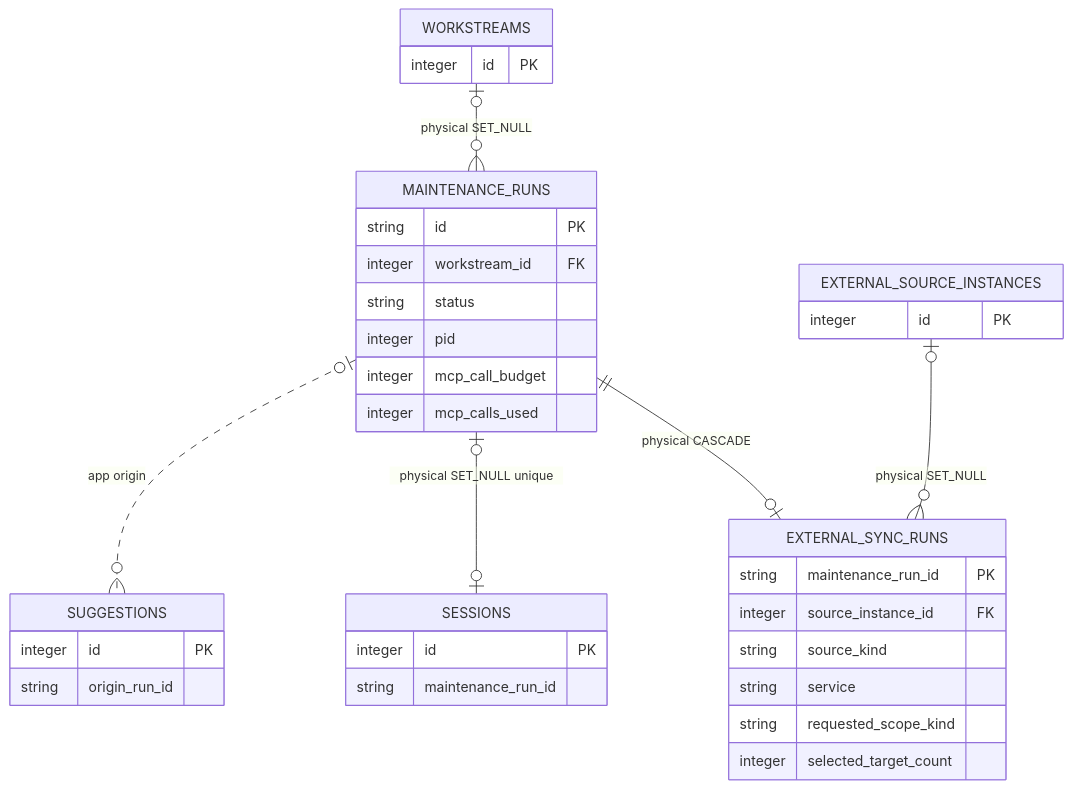
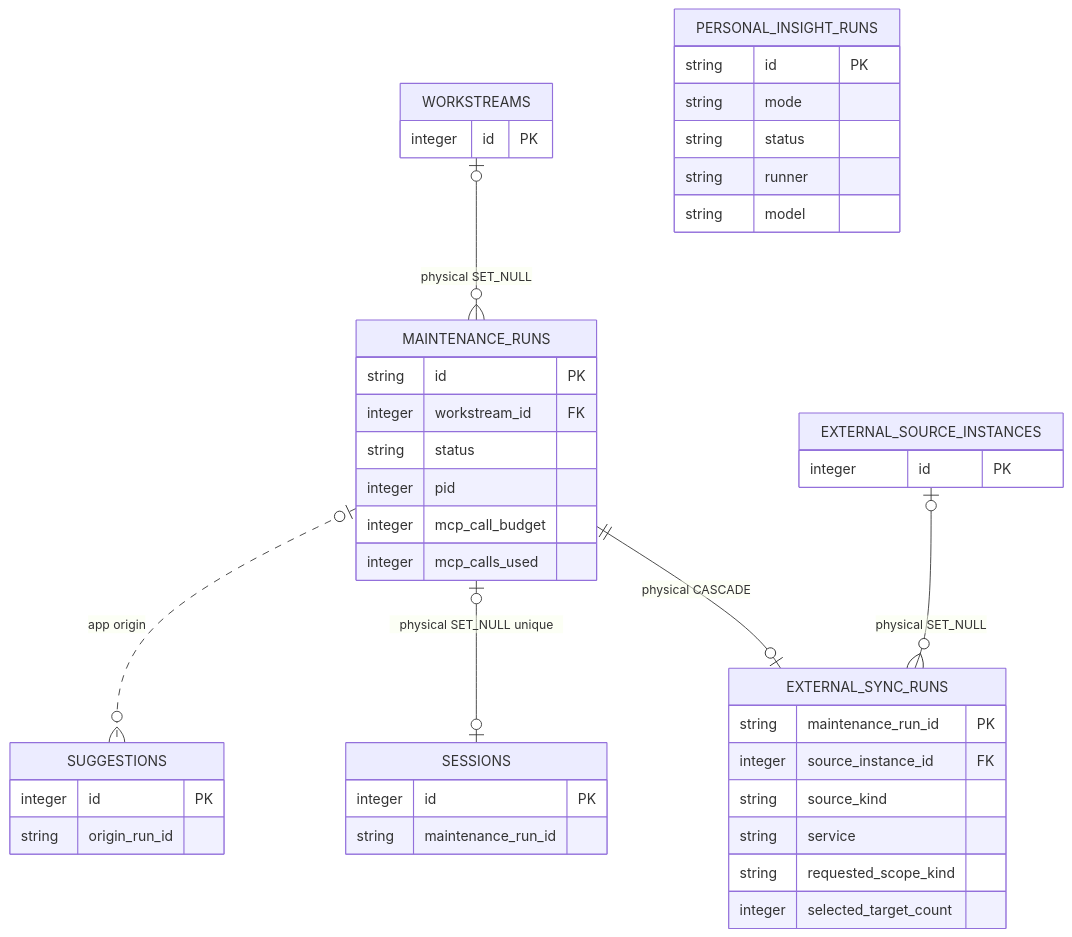
One commit to chochita0311/local-brain changed the diagram in docs/policies/project/data-model/maintenance-execution.md. Above: the diagram before and after it, drawn with Mermaid. The commit also changed other lines of this file and 107 other files, not shown here.

Commit message:
feat: add session insights and personal improvement runs

````diff
--- a/docs/policies/project/data-model/maintenance-execution.md
+++ b/docs/policies/project/data-model/maintenance-execution.md
@@ -11,29 +11,36 @@
 ```mermaid
 erDiagram
     WORKSTREAMS { integer id PK }
     MAINTENANCE_RUNS {
         string id PK
         integer workstream_id FK
         string status
         integer pid
         integer mcp_call_budget
         integer mcp_calls_used
     }
     EXTERNAL_SYNC_RUNS {
         string maintenance_run_id PK
         integer source_instance_id FK
         string source_kind
         string service
         string requested_scope_kind
         integer selected_target_count
     }
+    PERSONAL_INSIGHT_RUNS {
+        string id PK
+        string mode
+        string status
+        string runner
+        string model
+    }
     EXTERNAL_SOURCE_INSTANCES { integer id PK }
     SESSIONS { integer id PK string maintenance_run_id }
     SUGGESTIONS { integer id PK string origin_run_id }
 
     WORKSTREAMS o|--o{ MAINTENANCE_RUNS : "physical SET_NULL"
     MAINTENANCE_RUNS ||--o| EXTERNAL_SYNC_RUNS : "physical CASCADE"
     EXTERNAL_SOURCE_INSTANCES o|--o{ EXTERNAL_SYNC_RUNS : "physical SET_NULL"
     MAINTENANCE_RUNS o|--o| SESSIONS : "physical SET_NULL unique"
     MAINTENANCE_RUNS o|..o{ SUGGESTIONS : "app origin"
 ```
````
